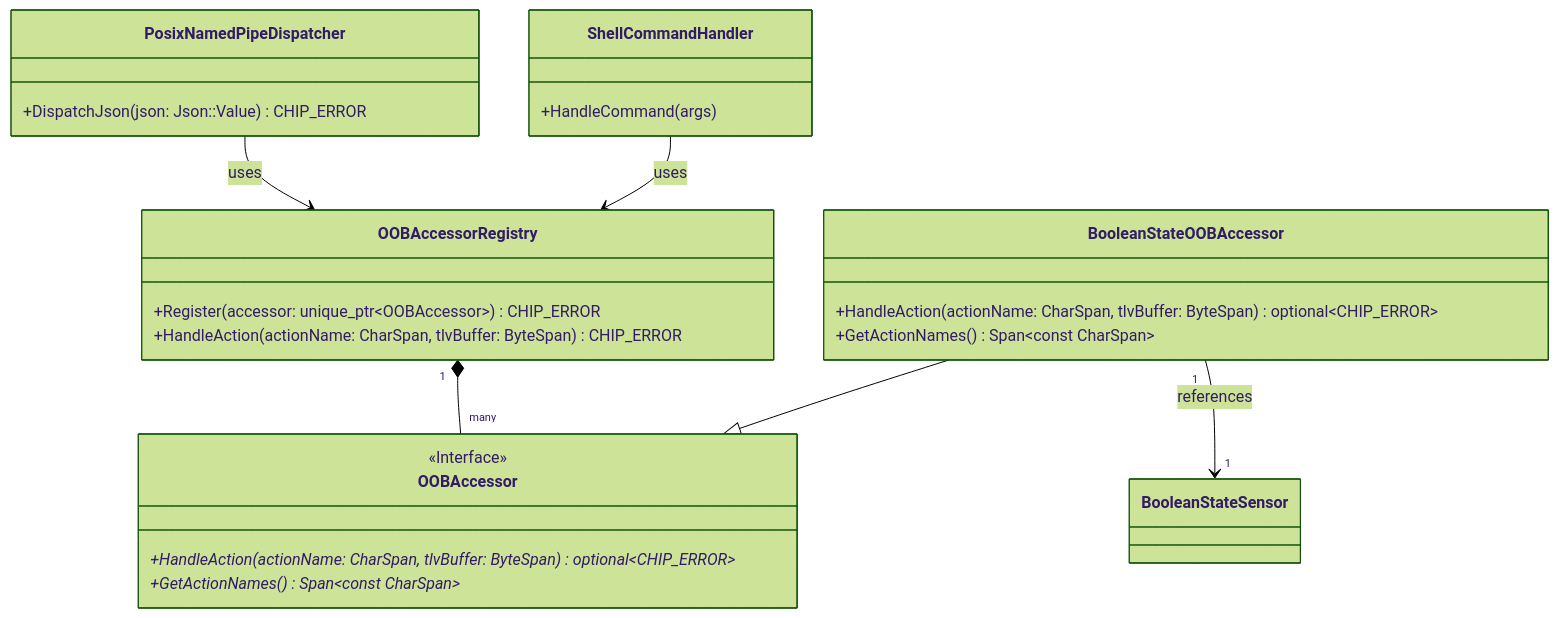
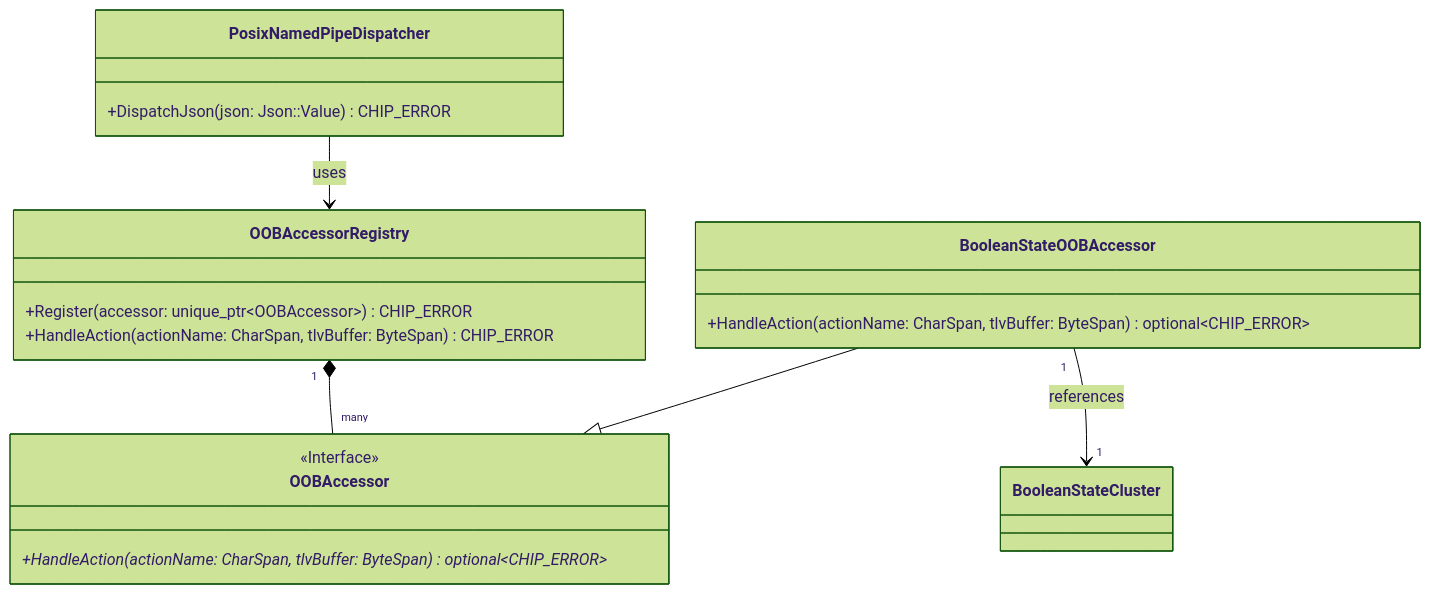
The diagram in examples/all-devices-app/all-devices-common/oob-accessors/README.md (project-chip/connectedhomeip), drawn with Mermaid (forest theme) before and after one commit. The commit also changed 22 other files, not shown here.

````diff
--- a/examples/all-devices-app/all-devices-common/oob-accessors/README.md
+++ b/examples/all-devices-app/all-devices-common/oob-accessors/README.md
@@ -18,31 +18,25 @@
 ```mermaid
 classDiagram
     class OOBAccessorRegistry {
         +Register(accessor: unique_ptr~OOBAccessor~) CHIP_ERROR
         +HandleAction(actionName: CharSpan, tlvBuffer: ByteSpan) CHIP_ERROR
     }
     class OOBAccessor {
         <<Interface>>
         +HandleAction(actionName: CharSpan, tlvBuffer: ByteSpan) optional~CHIP_ERROR~*
-        +GetActionNames() Span~const CharSpan~*
     }
     class BooleanStateOOBAccessor {
         +HandleAction(actionName: CharSpan, tlvBuffer: ByteSpan) optional~CHIP_ERROR~
-        +GetActionNames() Span~const CharSpan~
     }
-    class BooleanStateSensor {
+    class BooleanStateCluster {
     }
 
     class PosixNamedPipeDispatcher {
         +DispatchJson(json: Json::Value) CHIP_ERROR
     }
-    class ShellCommandHandler {
-        +HandleCommand(args)
-    }
 
     OOBAccessorRegistry "1" *-- "many" OOBAccessor
     BooleanStateOOBAccessor --|> OOBAccessor
-    BooleanStateOOBAccessor "1" --> "1" BooleanStateSensor : references
+    BooleanStateOOBAccessor "1" --> "1" BooleanStateCluster : references
     PosixNamedPipeDispatcher --> OOBAccessorRegistry : uses
-    ShellCommandHandler --> OOBAccessorRegistry : uses
 ```
````
